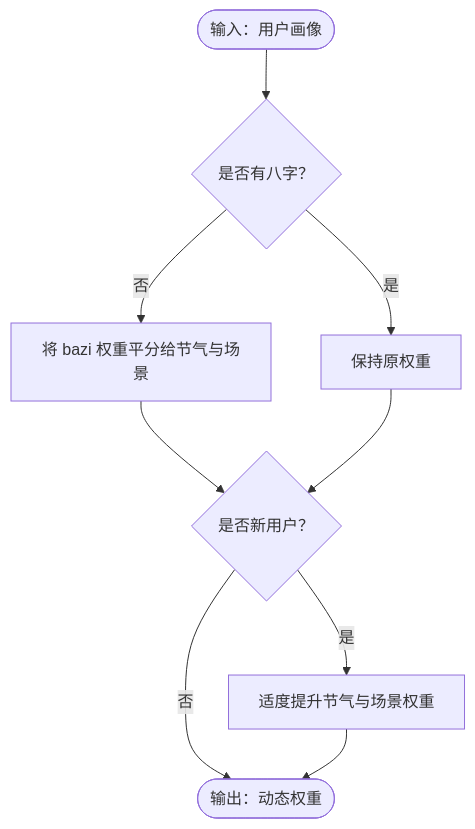
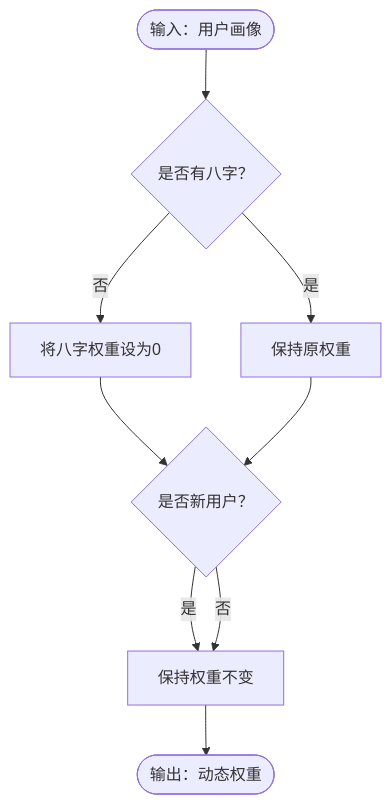
Before and after one commit to jeankeim/wuxing-fashion: the fourth of 7 diagrams in .qoder/repowiki/zh/content/核心模块/评分引擎.md, drawn with Mermaid. The commit also changed other lines of this file and 27 other files, not shown here.

````diff
--- a/.qoder/repowiki/zh/content/核心模块/评分引擎.md
+++ b/.qoder/repowiki/zh/content/核心模块/评分引擎.md
@@ -187,11 +197,11 @@
 ```mermaid
 flowchart TD
 Start(["输入：用户画像"]) --> CheckBazi{"是否有八字？"}
-CheckBazi -- 否 --> Redist["将 bazi 权重平分给节气与场景"]
+CheckBazi -- 否 --> SetZero["将八字权重设为0"]
 CheckBazi -- 是 --> Keep["保持原权重"]
-Redist --> NewUser{"是否新用户？"}
+SetZero --> NewUser{"是否新用户？"}
 Keep --> NewUser
-NewUser -- 是 --> Inc["适度提升节气与场景权重"]
-NewUser -- 否 --> Done(["输出：动态权重"])
-Inc --> Done
+NewUser -- 是 --> Normal["保持权重不变"]
+NewUser -- 否 --> Normal
+Normal --> Done(["输出：动态权重"])
 ```
````
